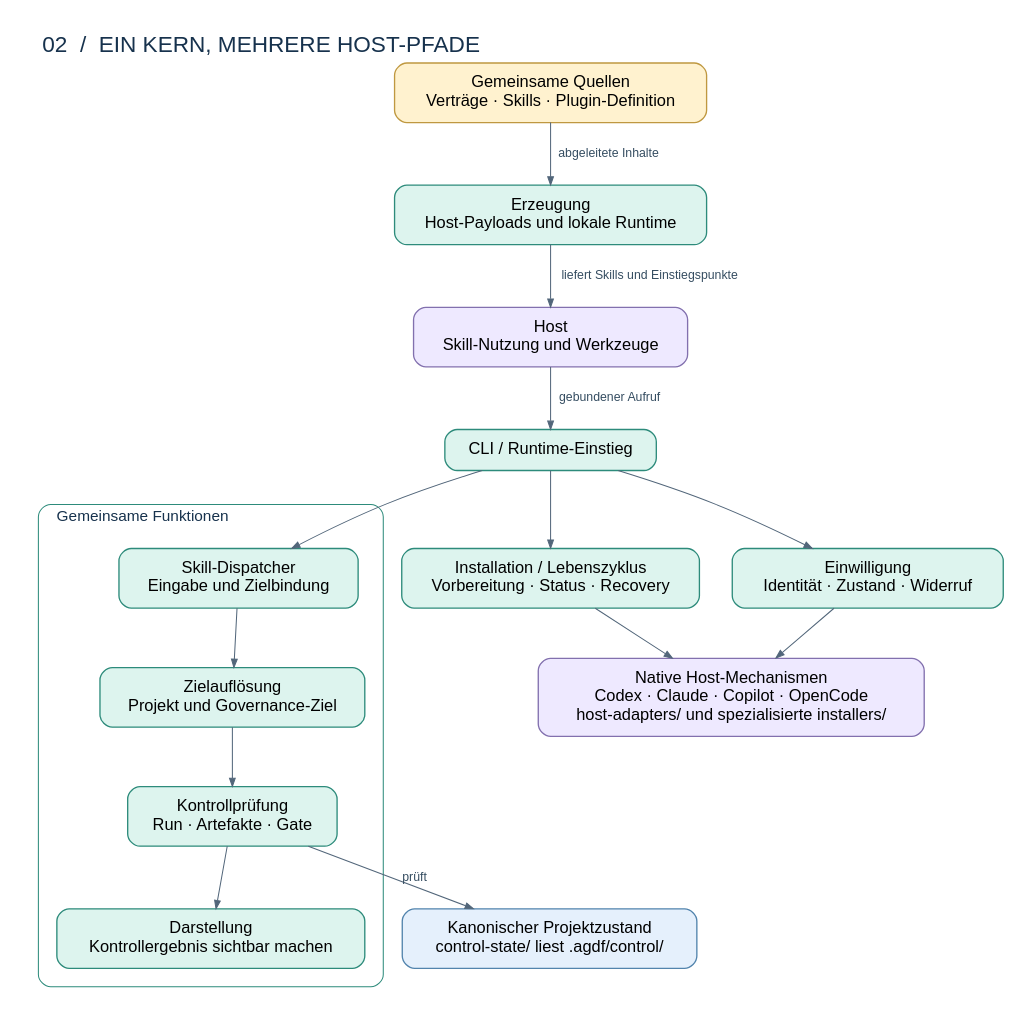
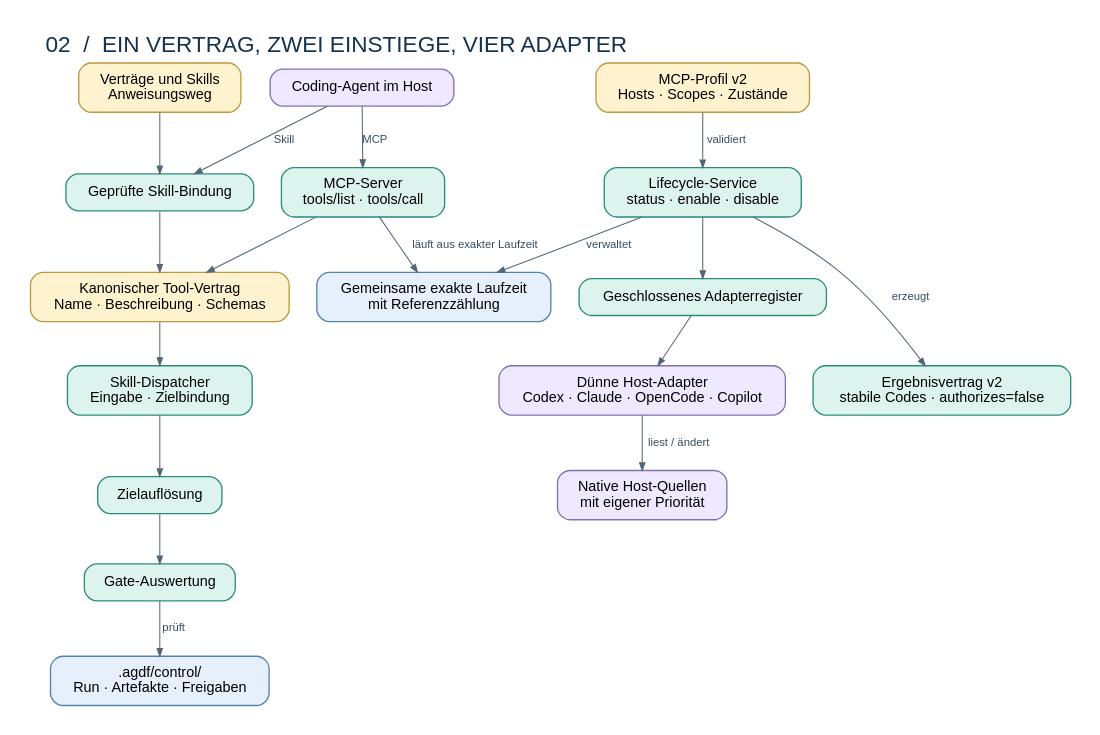
One commit to ArndtGold/ai-native-governance-delivery-framework changed the diagram in docs/architecture/diagrams/02-components.dot. Above: the diagram before and after it, drawn with Graphviz. The commit also changed 16 other files, not shown here.

First line of the commit message:
docs: update AGDF architecture documentation and lifecycle diagrams

```diff
--- a/docs/architecture/diagrams/02-components.dot
+++ b/docs/architecture/diagrams/02-components.dot
@@ -1,33 +1,47 @@
 digraph components {
-  graph [rankdir=TB, newrank=true, bgcolor="white", pad=0.3, nodesep=0.45, ranksep=0.65, fontname="Helvetica", label="02  /  EIN KERN, MEHRERE HOST-PFADE", labelloc=t, labeljust=l, fontsize=22, fontcolor="#17324D"];
-  node [shape=box, style="rounded,filled", color="#2D8B7B", fillcolor="#DDF4EE", fontname="Helvetica", fontsize=16, margin="0.20,0.15", penwidth=1.3];
-  edge [color="#52667A", arrowsize=0.8, fontname="Helvetica", fontsize=12, fontcolor="#354D61"];
-  source [label="Gemeinsame Quellen\nVerträge · Skills · Plugin-Definition", fillcolor="#FFF2CF", color="#BF9840"];
-  build [label="Erzeugung\nHost-Payloads und lokale Runtime"];
-  host [label="Host\nSkill-Nutzung und Werkzeuge", fillcolor="#EEE9FF", color="#8270AE"];
-  entry [label="CLI / Runtime-Einstieg"];
-  subgraph cluster_core {
-    label="Gemeinsame Funktionen"; fontsize=15; color="#2D8B7B"; style=rounded; margin=18;
-    dispatch [label="Skill-Dispatcher\nEingabe und Zielbindung"];
-    target [label="Zielauflösung\nProjekt und Governance-Ziel"];
-    gate [label="Kontrollprüfung\nRun · Artefakte · Gate"];
-    render [label="Darstellung\nKontrollergebnis sichtbar machen"];
-    dispatch -> target;
-    target -> gate;
-    gate -> render;
-  }
-  lifecycle [label="Installation / Lebenszyklus\nVorbereitung · Status · Recovery"];
-  consent [label="Einwilligung\nIdentität · Zustand · Widerruf"];
-  native [label="Native Host-Mechanismen\nCodex · Claude · Copilot · OpenCode\nhost-adapters/ und spezialisierte installers/", fillcolor="#EEE9FF", color="#8270AE"];
-  state [label="Kanonischer Projektzustand\ncontrol-state/ liest .agdf/control/", fillcolor="#E5F0FC", color="#5284AD"];
-  source -> build [label="abgeleitete Inhalte"];
-  build -> host [label="liefert Skills und Einstiegspunkte"];
-  host -> entry [label="gebundener Aufruf"];
-  entry -> dispatch;
-  entry -> lifecycle;
-  entry -> consent;
-  lifecycle -> native;
-  consent -> native;
+  graph [rankdir=TB, newrank=true, bgcolor="white", pad=0.3, nodesep=0.38, ranksep=0.58, fontname="Helvetica", label="02  /  EIN VERTRAG, ZWEI EINSTIEGE, VIER ADAPTER", labelloc=t, labeljust=l, fontsize=22, fontcolor="#17324D"];
+  node [shape=box, style="rounded,filled", color="#2D8B7B", fillcolor="#DDF4EE", fontname="Helvetica", fontsize=14, margin="0.18,0.12", penwidth=1.3];
+  edge [color="#52667A", arrowsize=0.75, fontname="Helvetica", fontsize=11, fontcolor="#354D61"];
+
+  skills [label="Verträge und Skills\nAnweisungsweg", fillcolor="#FFF2CF", color="#BF9840"];
+  binding [label="Geprüfte Skill-Bindung"];
+  host [label="Coding-Agent im Host", fillcolor="#EEE9FF", color="#8270AE"];
+  server [label="MCP-Server\ntools/list · tools/call"];
+  contract [label="Kanonischer Tool-Vertrag\nName · Beschreibung · Schemas", fillcolor="#FFF2CF", color="#BF9840"];
+  dispatch [label="Skill-Dispatcher\nEingabe · Zielbindung"];
+  target [label="Zielauflösung"];
+  gate [label="Gate-Auswertung"];
+  state [label=".agdf/control/\nRun · Artefakte · Freigaben", fillcolor="#E5F0FC", color="#5284AD"];
+
+  profile [label="MCP-Profil v2\nHosts · Scopes · Zustände", fillcolor="#FFF2CF", color="#BF9840"];
+  service [label="Lifecycle-Service\nstatus · enable · disable"];
+  registry [label="Geschlossenes Adapterregister"];
+  adapters [label="Dünne Host-Adapter\nCodex · Claude · OpenCode · Copilot", fillcolor="#EEE9FF", color="#8270AE"];
+  config [label="Native Host-Quellen\nmit eigener Priorität", fillcolor="#EEE9FF", color="#8270AE"];
+  runtime [label="Gemeinsame exakte Laufzeit\nmit Referenzzählung", fillcolor="#E5F0FC", color="#5284AD"];
+  result [label="Ergebnisvertrag v2\nstabile Codes · authorizes=false"];
+
+  host -> binding [label="Skill"];
+  host -> server [label="MCP"];
+  skills -> binding;
+  binding -> contract;
+  server -> contract;
+  contract -> dispatch;
+  dispatch -> target;
+  target -> gate;
   gate -> state [label="prüft"];
-  {rank=same; dispatch; lifecycle; consent;}
+
+  profile -> service [label="validiert"];
+  service -> registry;
+  registry -> adapters;
+  adapters -> config [label="liest / ändert"];
+  service -> runtime [label="verwaltet"];
+  service -> result [label="erzeugt"];
+  server -> runtime [label="läuft aus exakter Laufzeit"];
+
+  {rank=same; skills; host; profile;}
+  {rank=same; binding; server; service;}
+  {rank=same; contract; registry; runtime;}
+  {rank=same; dispatch; adapters; result;}
+  {rank=same; target; config;}
 }
```
